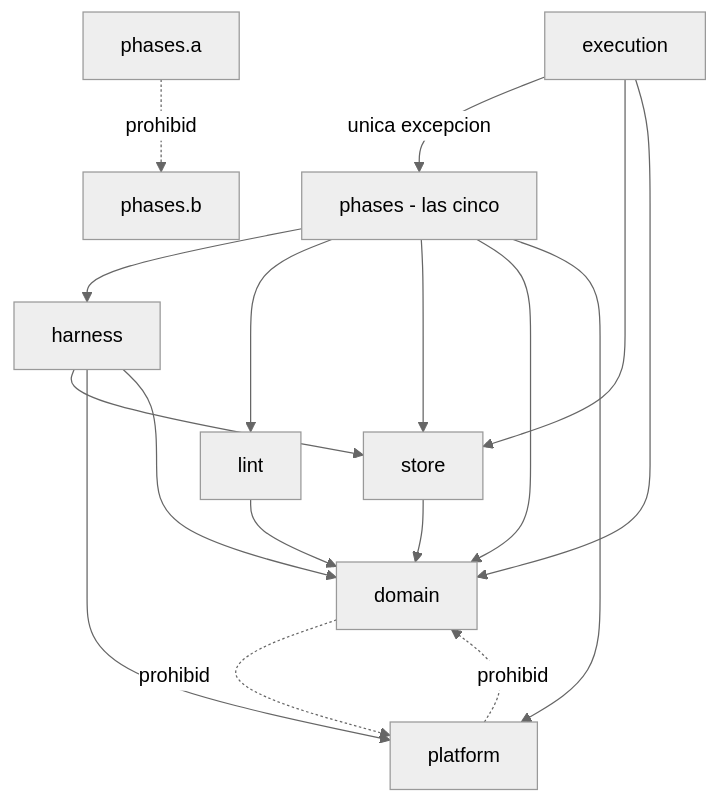
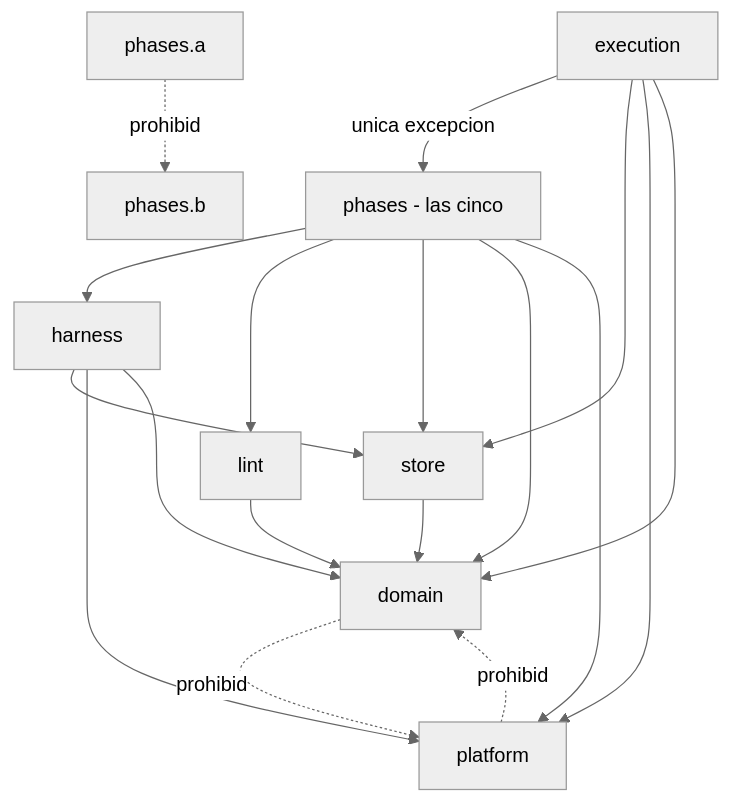
One commit to JNico-rb/story-maker changed the seventh of 10 diagrams in docs/architecture.md. Above: the diagram before and after it, drawn with Mermaid (neutral theme). The commit also changed other lines of this file and 15 other files, not shown here.

````diff
--- a/docs/architecture.md
+++ b/docs/architecture.md
@@ -1278,19 +1285,20 @@
 ```mermaid
 graph TD
     EXE[execution] -->|unica excepcion| PH[phases - las cinco]
     PH --> HAR[harness]
     PH --> LNT[lint]
     PH --> STO[store]
     HAR --> STO
     HAR --> PLT[platform]
     STO --> DOM[domain]
     LNT --> DOM
     HAR --> DOM
     PH --> DOM
     PH --> PLT
     EXE --> STO
+    EXE --> PLT
     EXE --> DOM
     PHA[phases.a] -.prohibido.-> PHB[phases.b]
     DOM -.prohibido.-> PLT
     PLT -.prohibido.-> DOM
 ```
````
